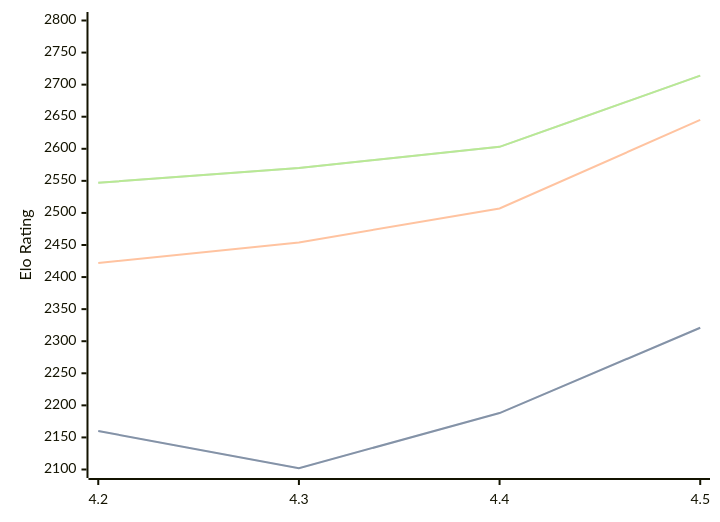
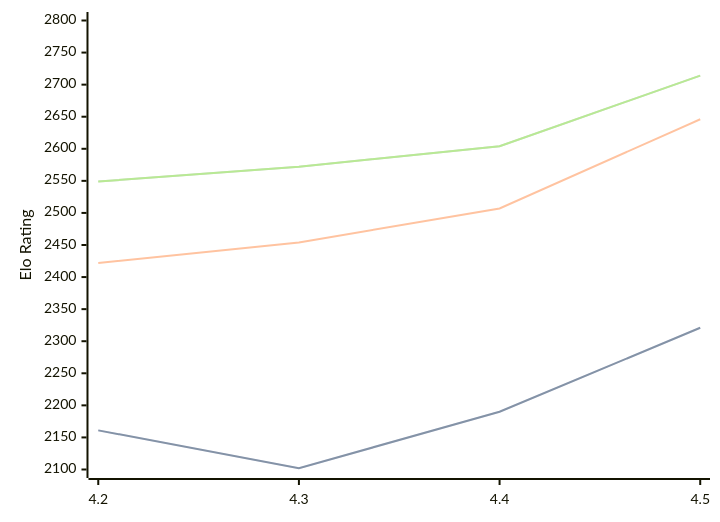
One commit to computer-chess-index/cci changed the diagram in engines/Eubos.md. Above: the diagram before and after it, drawn with Mermaid. The commit also changed other lines of this file, not shown here.

Commit message:
Update CCI Ratings (ELO VLTC) - 2026-09-14

````diff
--- a/engines/Eubos.md
+++ b/engines/Eubos.md
@@ -34,11 +34,11 @@
 ```mermaid
 %%{init: {"theme":"base","themeVariables":{"seriesColors:['#a3a3a3','#222221','#faa371']}}}%%
 xychart-beta
   x-axis ["4.2", "4.3", "4.4", "4.5"]
   y-axis "Elo Rating" 2100 --> 2800
-  line "" [2160, 2102, 2188, 2321]
-  line "STC (8.0+0.08s)" [2160, 2102, 2188, 2321]
-  line "LTC (60.0+0.60s)" [2422, 2454, 2507, 2645]
-  line "" [2547, 2570, 2603, 2714]
-  line "VLTC (2m24s+1.12s)" [2547, 2570, 2603, 2714]
+  line "" [2161, 2102, 2190, 2321]
+  line "STC (8.0+0.08s)" [2161, 2102, 2190, 2321]
+  line "LTC (60.0+0.60s)" [2422, 2454, 2507, 2646]
+  line "" [2549, 2572, 2604, 2714]
+  line "VLTC (2m24s+1.12s)" [2549, 2572, 2604, 2714]
 ```
````
